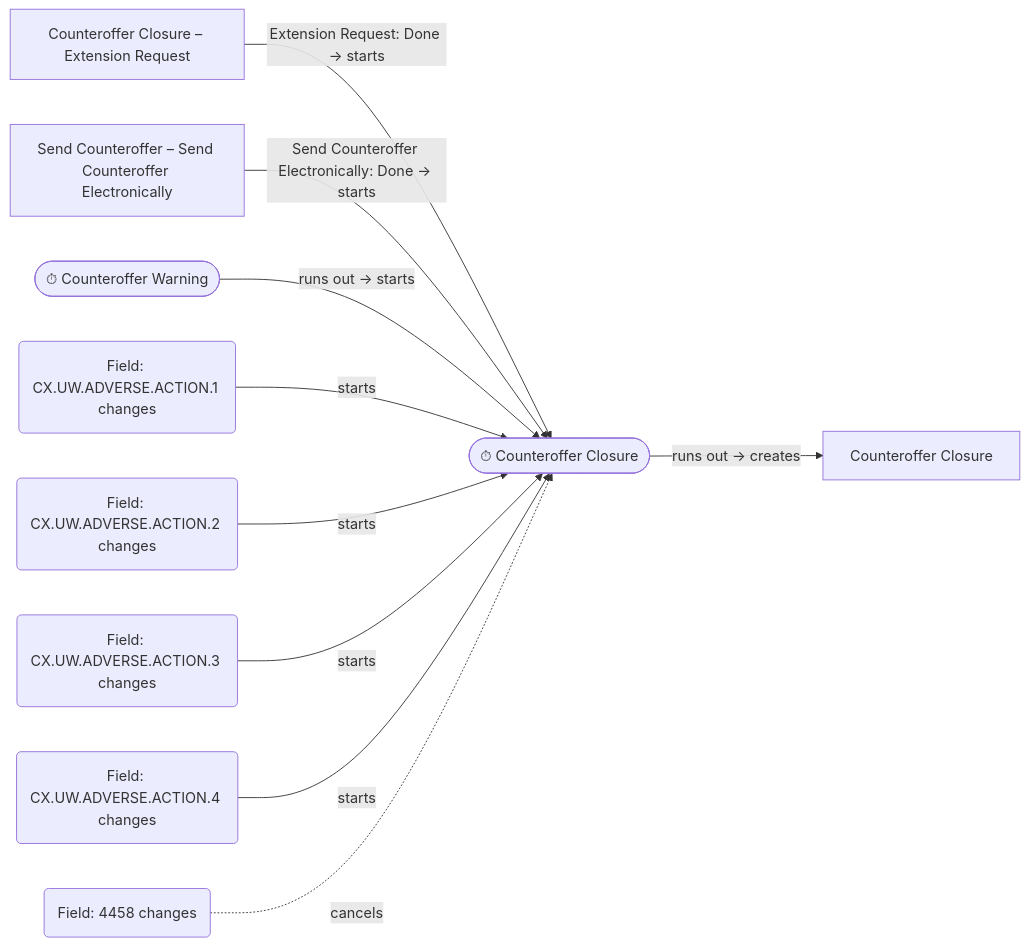
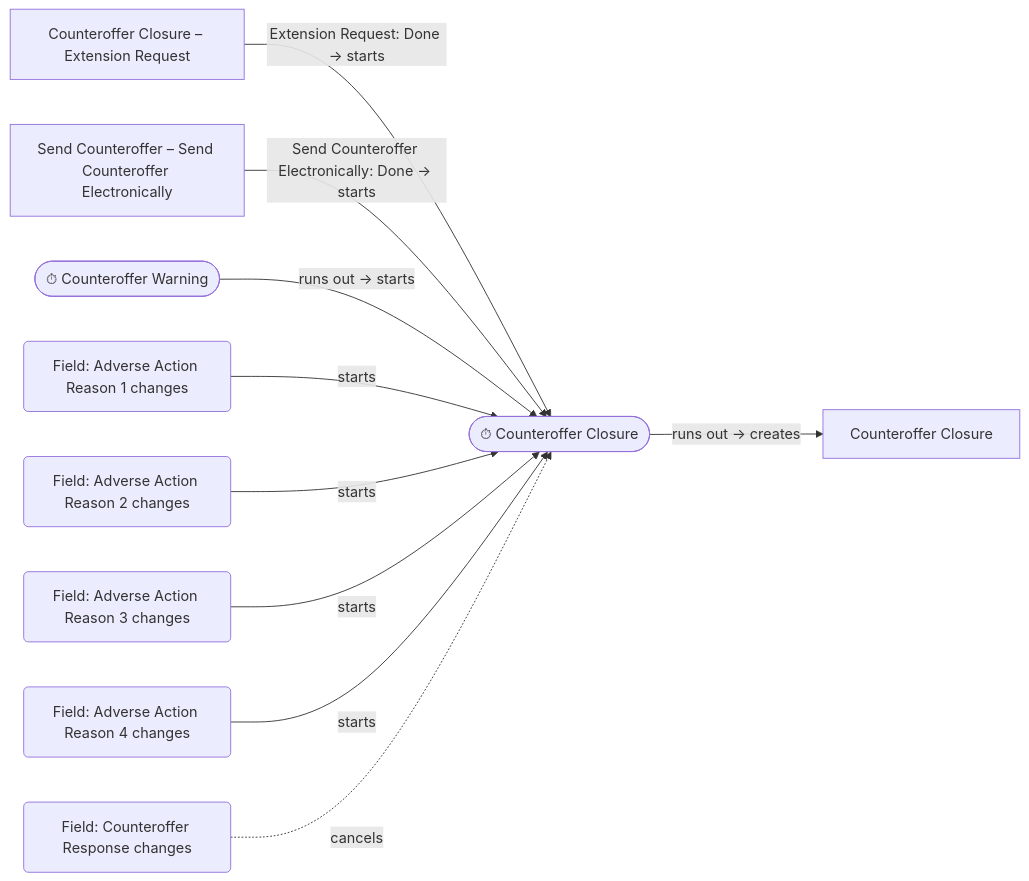
Diagram 14 of 24 in docs/RULES_MAP.md (NewAige/mortgage-tasks), drawn with Mermaid before and after one commit. The commit also changed other lines of this file and 4 other files, not shown here.

````diff
--- a/docs/RULES_MAP.md
+++ b/docs/RULES_MAP.md
@@ -856,24 +856,24 @@
 ```mermaid
 flowchart LR
     n1(["⏱ Counteroffer Closure"])
     n2["Counteroffer Closure – Extension Request"]
     n3["Send Counteroffer – Send Counteroffer Electronically"]
     n4(["⏱ Counteroffer Warning"])
-    n5("Field: CX.UW.ADVERSE.ACTION.1 changes")
-    n6("Field: CX.UW.ADVERSE.ACTION.2 changes")
-    n7("Field: CX.UW.ADVERSE.ACTION.3 changes")
-    n8("Field: CX.UW.ADVERSE.ACTION.4 changes")
-    n9("Field: 4458 changes")
+    n5("Field: Adverse Action Reason 1 changes")
+    n6("Field: Adverse Action Reason 2 changes")
+    n7("Field: Adverse Action Reason 3 changes")
+    n8("Field: Adverse Action Reason 4 changes")
+    n9("Field: Counteroffer Response changes")
     n10["Counteroffer Closure"]
     n2 -->|"Extension Request: Done → starts"| n1
     n3 -->|"Send Counteroffer Electronically: Done → starts"| n1
     n4 -->|"runs out → starts"| n1
     n5 -->|"starts"| n1
     n6 -->|"starts"| n1
     n7 -->|"starts"| n1
     n8 -->|"starts"| n1
     n9 -.->|"cancels"| n1
     n1 -->|"runs out → creates"| n10
     classDef stub stroke-dasharray: 4 3
     classDef gap stroke-dasharray: 2 4
 ```
````
